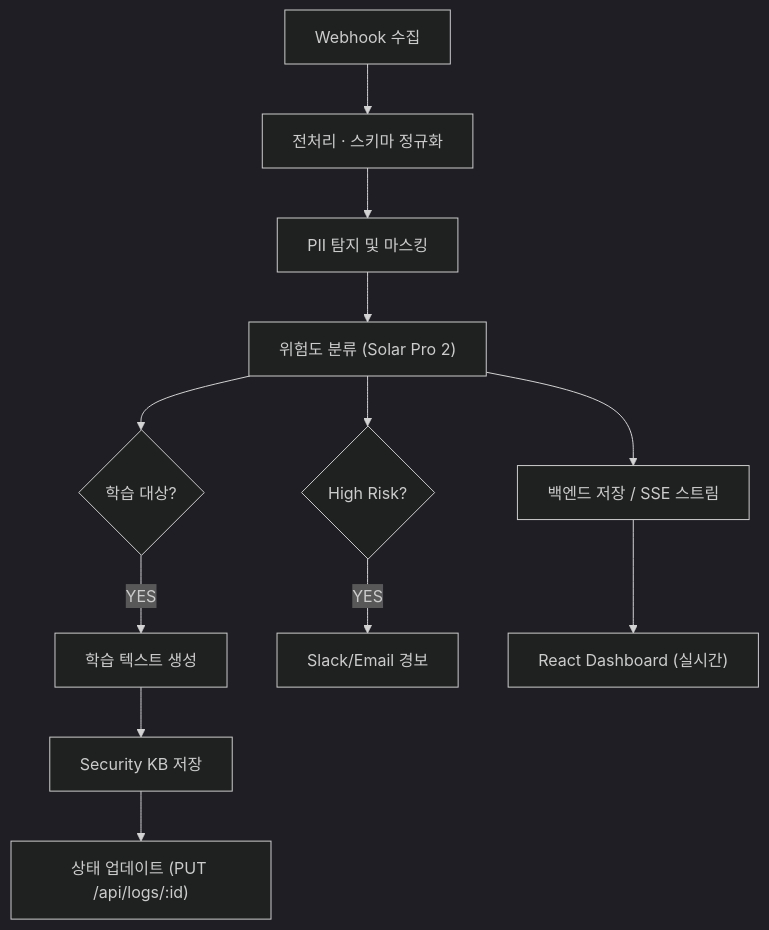
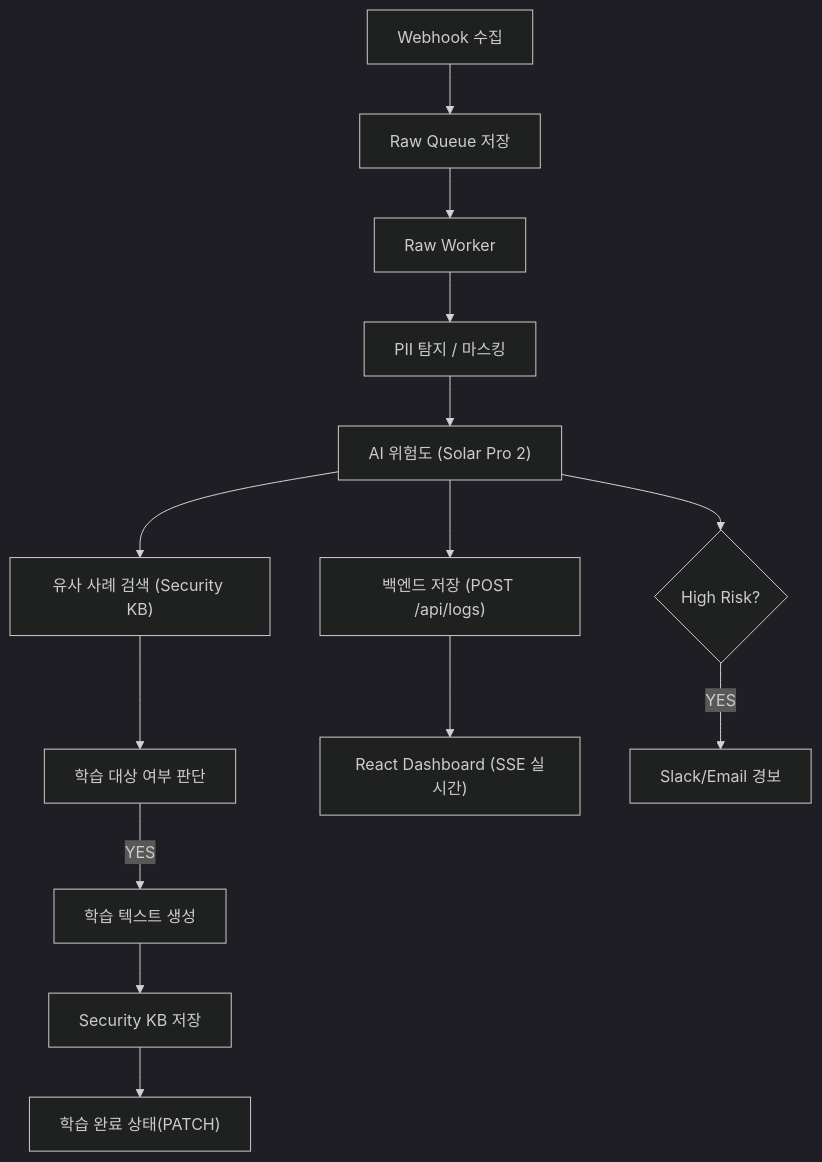
One commit to jihun-moon/im-bank-n8n-agent changed the first of 2 diagrams in README.md. Above: the diagram before and after it, drawn with Mermaid (dark theme). The commit also changed other lines of this file, not shown here.

````diff
--- a/README.md
+++ b/README.md
@@ -120,18 +136,19 @@
 ```mermaid
 flowchart TD
-    A["Webhook 수집"] --> B["전처리 · 스키마 정규화"]
-    B --> C["PII 탐지 및 마스킹"]
-    C --> D["위험도 분류 (Solar Pro 2)"]
-    D --> E["백엔드 저장 / SSE 스트림"]
+    A["Webhook 수집"] --> B["Raw Queue 저장"]
+    B --> C["Raw Worker"]
+    C --> D["PII 탐지 / 마스킹"]
+    D --> E["AI 위험도 (Solar Pro 2)"]
+    E --> F["유사 사례 검색 (Security KB)"]
+    F --> G["학습 대상 여부 판단"]
+
+    G -->|YES| H["학습 텍스트 생성"]
+    H --> I["Security KB 저장"]
+    I --> J["학습 완료 상태(PATCH)"]
     
-    D --> F{"학습 대상?"}
-    F -->|YES| G["학습 텍스트 생성"]
-    G --> H["Security KB 저장"]
-    H --> I["상태 업데이트 (PUT /api/logs/:id)"]
+    E --> K["백엔드 저장 (POST /api/logs)"]
+    K --> L["React Dashboard (SSE 실시간)"]
 
-    D --> J{"High Risk?"}
-    J -->|YES| K["Slack/Email 경보"]
-
-    E --> L["React Dashboard (실시간)"]
-
+    E --> M{"High Risk?"}
+    M -->|YES| N["Slack/Email 경보"]
 ```
````
